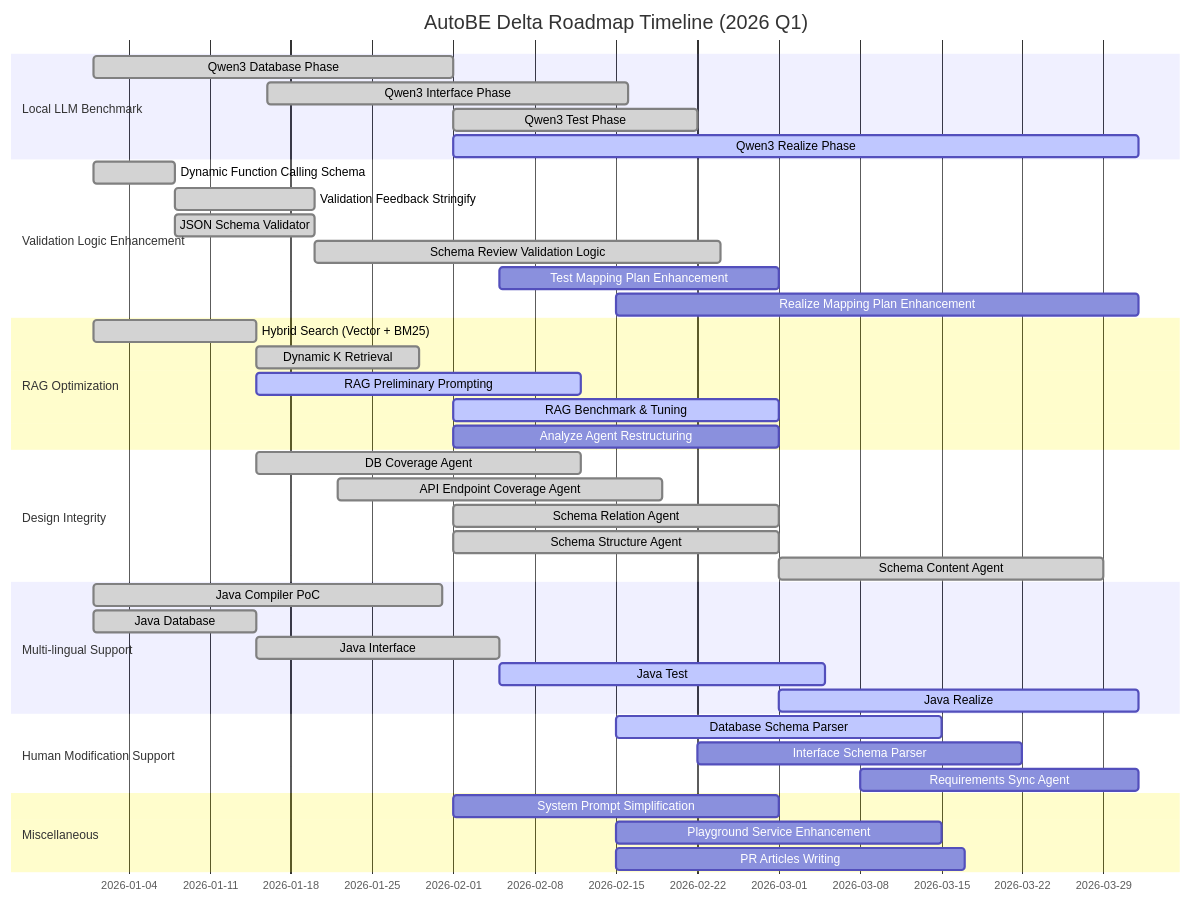
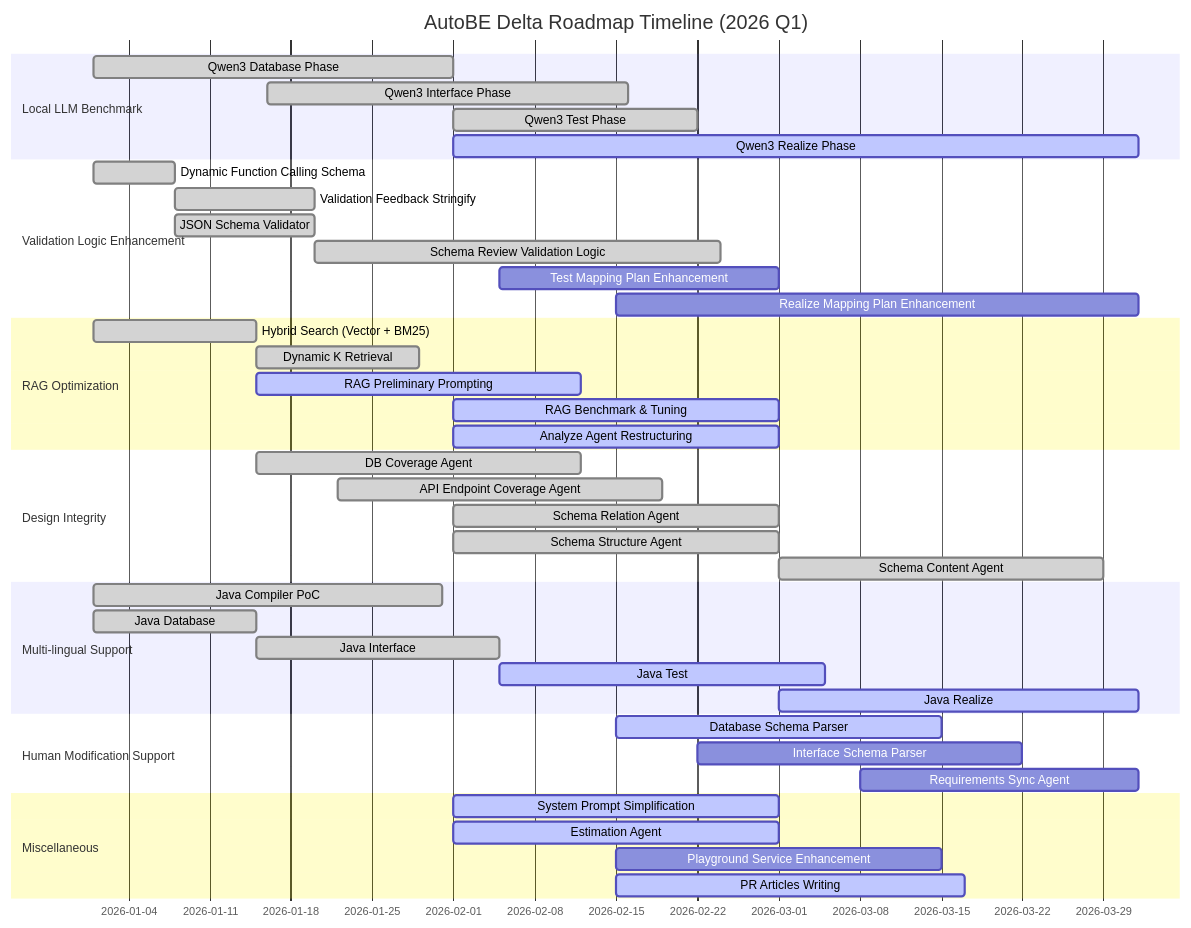
The second of 2 diagrams in README.md (RavenView-ai/autobe), drawn with Mermaid before and after one commit. The commit also changed 38 other files, not shown here.

First line of the commit message:
feat(agent): concise interface schema prompts (#1036)

````diff
--- a/README.md
+++ b/README.md
@@ -176,50 +176,51 @@
 ```mermaid
 gantt
   dateFormat YYYY-MM-DD
   title AutoBE Delta Roadmap Timeline (2026 Q1)
 
   section Local LLM Benchmark
   Qwen3 Database Phase             : done,    2026-01-01, 31d
   Qwen3 Interface Phase            : done,    2026-01-16, 31d
   Qwen3 Test Phase                 : done,    2026-02-01, 21d
   Qwen3 Realize Phase              : active,  2026-02-01, 59d
 
   section Validation Logic Enhancement
   Dynamic Function Calling Schema  : done,    2026-01-01, 7d
   Validation Feedback Stringify    : done,    2026-01-08, 12d
   JSON Schema Validator            : done,    2026-01-08, 12d
   Schema Review Validation Logic   : done,    2026-01-20, 35d
   Test Mapping Plan Enhancement    : planned, 2026-02-05, 24d
   Realize Mapping Plan Enhancement : planned, 2026-02-15, 45d
 
   section RAG Optimization
   Hybrid Search (Vector + BM25)    : done,    2026-01-01, 14d
   Dynamic K Retrieval              : done,    2026-01-15, 14d
   RAG Preliminary Prompting        : active,  2026-01-15, 28d
   RAG Benchmark & Tuning           : active,  2026-02-01, 28d
-  Analyze Agent Restructuring      : planned, 2026-02-01, 28d
+  Analyze Agent Restructuring      : active,  2026-02-01, 28d
 
   section Design Integrity
   DB Coverage Agent                : done,    2026-01-15, 28d
   API Endpoint Coverage Agent      : done,    2026-01-22, 28d
   Schema Relation Agent            : done,    2026-02-01, 28d
   Schema Structure Agent           : done,    2026-02-01, 28d
   Schema Content Agent             : done,    2026-03-01, 28d
 
   section Multi-lingual Support
   Java Compiler PoC                : done,    2026-01-01, 30d
   Java Database                    : done,    2026-01-01, 14d
   Java Interface                   : done,    2026-01-15, 21d
   Java Test                        : active,  2026-02-05, 28d
   Java Realize                     : active,  2026-03-01, 31d
 
   section Human Modification Support
   Database Schema Parser           : active,  2026-02-15, 28d
   Interface Schema Parser          : planned, 2026-02-22, 28d
   Requirements Sync Agent          : planned, 2026-03-08, 24d
 
   section Miscellaneous
-  System Prompt Simplification     : planned, 2026-02-01, 28d
+  System Prompt Simplification     : active,  2026-02-01, 28d
+  Estimation Agent                 : active,  2026-02-01, 28d
   Playground Service Enhancement   : planned, 2026-02-15, 28d
-  PR Articles Writing              : planned, 2026-02-15, 30d
+  PR Articles Writing              : active,  2026-02-15, 30d
 ```
````
